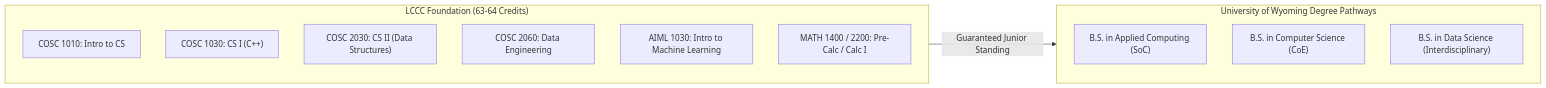
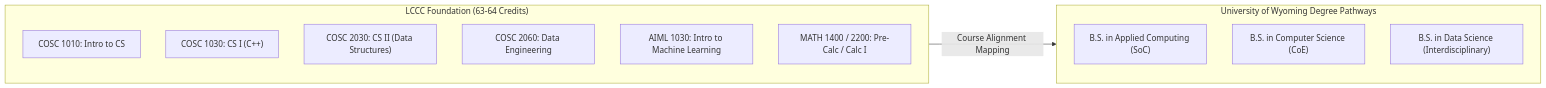
One commit to tswarmLCCC/continuingContractPortfoliotswarm changed the diagram in projects/04-professional-development/artifacts/Artifact_4_2_UW_Articulation_Crosswalk.md. Above: the diagram before and after it, drawn with Mermaid. The commit also changed other lines of this file and 4 other files, not shown here.

````diff
--- a/projects/04-professional-development/artifacts/Artifact_4_2_UW_Articulation_Crosswalk.md
+++ b/projects/04-professional-development/artifacts/Artifact_4_2_UW_Articulation_Crosswalk.md
@@ -21,19 +21,19 @@
 ```mermaid
 flowchart LR
     subgraph LCCC ["LCCC Foundation (63-64 Credits)"]
         L1["COSC 1010: Intro to CS"]
         L2["COSC 1030: CS I (C++)"]
         L3["COSC 2030: CS II (Data Structures)"]
         L4["COSC 2060: Data Engineering"]
         L5["AIML 1030: Intro to Machine Learning"]
         L6["MATH 1400 / 2200: Pre-Calc / Calc I"]
     end
 
     subgraph UW ["University of Wyoming Degree Pathways"]
         U1["B.S. in Applied Computing (SoC)"]
         U2["B.S. in Computer Science (CoE)"]
         U3["B.S. in Data Science (Interdisciplinary)"]
     end
 
-    LCCC -->|Guaranteed Junior Standing| UW
+    LCCC -->|Course Alignment Mapping| UW
 ```
````
